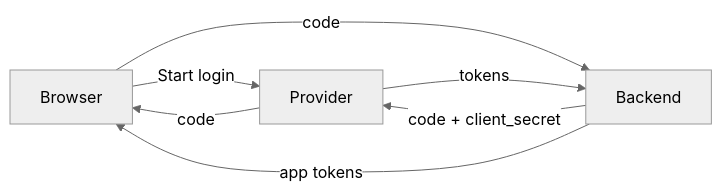
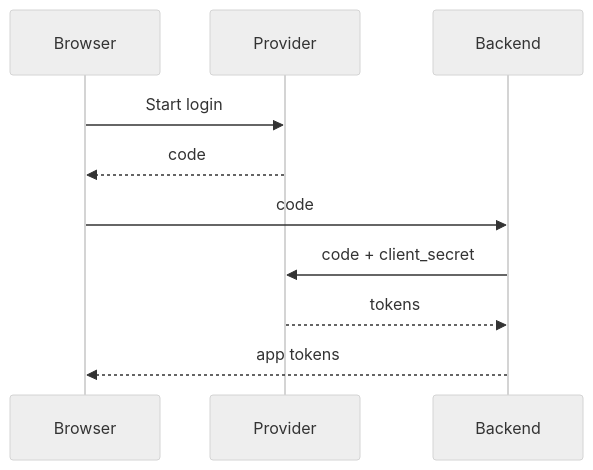
Before and after one commit to slawekradzyminski/awesome-localstack: the third of 8 diagrams in docs/DIRECT_SOCIAL_LOGIN.md, drawn with Mermaid (neutral theme). The commit also changed other lines of this file and 89 other files, not shown here.

````diff
--- a/docs/DIRECT_SOCIAL_LOGIN.md
+++ b/docs/DIRECT_SOCIAL_LOGIN.md
@@ -86,9 +69,12 @@
 ```mermaid
-graph LR
-    Browser -->|"Start login"| Provider
-    Provider -->|"code"| Browser
-    Browser -->|"code"| Backend
-    Backend -->|"code + client_secret"| Provider
-    Provider -->|"tokens"| Backend
-    Backend -->|"app tokens"| Browser
+sequenceDiagram
+    participant Browser
+    participant Provider
+    participant Backend
+    Browser->>Provider: Start login
+    Provider-->>Browser: code
+    Browser->>Backend: code
+    Backend->>Provider: code + client_secret
+    Provider-->>Backend: tokens
+    Backend-->>Browser: app tokens
 ```
````
